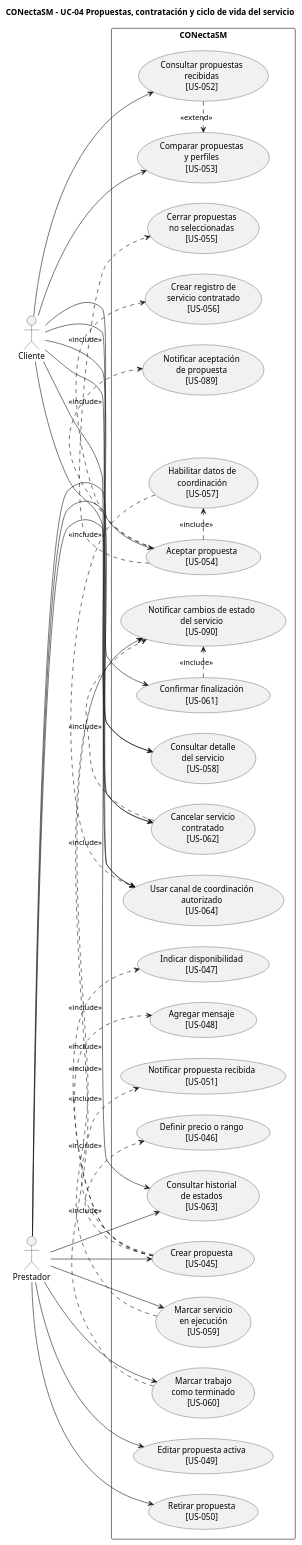
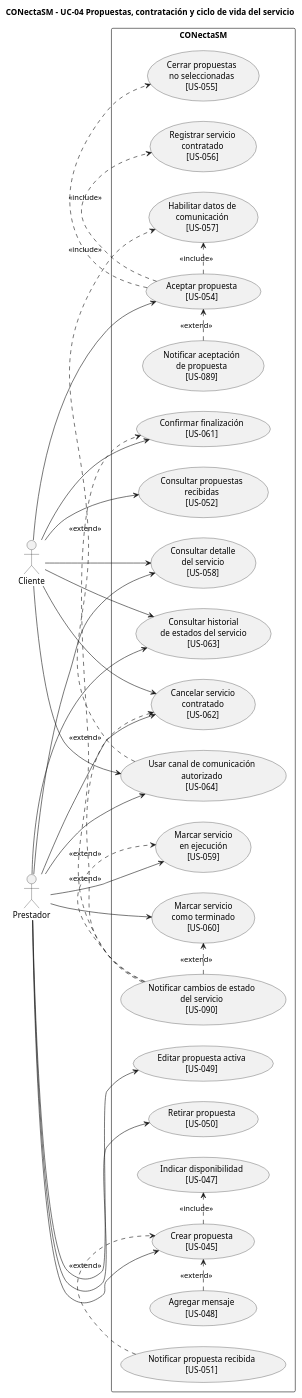
One commit to JsMartinez-dev/proyecto-diseno-ingenieria changed the diagram in FASE-4-Prototipar/08-Casos-de-Uso/Caso-de-uso-4/04_propuestas_servicio.puml. Above: the diagram before and after it, drawn with PlantUML. The commit also changed 21 other files, not shown here.

```diff
--- a/FASE-4-Prototipar/08-Casos-de-Uso/Caso-de-uso-4/04_propuestas_servicio.puml
+++ b/FASE-4-Prototipar/08-Casos-de-Uso/Caso-de-uso-4/04_propuestas_servicio.puml
@@ -1,78 +1,72 @@
 @startuml
 title CONectaSM - UC-04 Propuestas, contratación y ciclo de vida del servicio
 left to right direction
 skinparam packageStyle rectangle
 skinparam shadowing false
 
 actor "Cliente" as Cliente
 actor "Prestador" as Prestador
 
 rectangle "CONectaSM" {
   usecase "Crear propuesta\n[US-045]" as UC045
-  usecase "Definir precio o rango\n[US-046]" as UC046
   usecase "Indicar disponibilidad\n[US-047]" as UC047
   usecase "Agregar mensaje\n[US-048]" as UC048
   usecase "Editar propuesta activa\n[US-049]" as UC049
   usecase "Retirar propuesta\n[US-050]" as UC050
   usecase "Notificar propuesta recibida\n[US-051]" as UC051
 
   usecase "Consultar propuestas\nrecibidas\n[US-052]" as UC052
-  usecase "Comparar propuestas\ny perfiles\n[US-053]" as UC053
   usecase "Aceptar propuesta\n[US-054]" as UC054
   usecase "Cerrar propuestas\nno seleccionadas\n[US-055]" as UC055
 
-  usecase "Crear registro de\nservicio contratado\n[US-056]" as UC056
-  usecase "Habilitar datos de\ncoordinación\n[US-057]" as UC057
+  usecase "Registrar servicio\ncontratado\n[US-056]" as UC056
+  usecase "Habilitar datos de\ncomunicación\n[US-057]" as UC057
   usecase "Consultar detalle\ndel servicio\n[US-058]" as UC058
   usecase "Marcar servicio\nen ejecución\n[US-059]" as UC059
-  usecase "Marcar trabajo\ncomo terminado\n[US-060]" as UC060
+  usecase "Marcar servicio\ncomo terminado\n[US-060]" as UC060
   usecase "Confirmar finalización\n[US-061]" as UC061
   usecase "Cancelar servicio\ncontratado\n[US-062]" as UC062
-  usecase "Consultar historial\nde estados\n[US-063]" as UC063
-  usecase "Usar canal de coordinación\nautorizado\n[US-064]" as UC064
+  usecase "Consultar historial\nde estados del servicio\n[US-063]" as UC063
+  usecase "Usar canal de comunicación\nautorizado\n[US-064]" as UC064
 
   usecase "Notificar aceptación\nde propuesta\n[US-089]" as UC089
   usecase "Notificar cambios de estado\ndel servicio\n[US-090]" as UC090
 }
 
 Prestador --> UC045
 Prestador --> UC049
 Prestador --> UC050
 Prestador --> UC058
 Prestador --> UC059
 
 Prestador --> UC060
 Prestador --> UC062
 Prestador --> UC063
 Prestador --> UC064
 
 Cliente --> UC052
-Cliente --> UC053
 Cliente --> UC054
 Cliente --> UC058
 Cliente --> UC061
 Cliente --> UC062
 Cliente --> UC063
 Cliente --> UC064
 
 
-UC045 .> UC046 : <<include>>
 UC045 .> UC047 : <<include>>
-UC045 .> UC048 : <<include>>
-UC045 .> UC051 : <<include>>
+UC048 .> UC045 : <<extend>>
+UC051 .> UC045 : <<extend>>
 
-UC052 .> UC053 : <<extend>>
 UC054 .> UC055 : <<include>>
 UC054 .> UC056 : <<include>>
 UC054 .> UC057 : <<include>>
-UC054 .> UC089 : <<include>>
-UC057 .> UC064 : <<include>>
+UC089 .> UC054 : <<extend>>
+UC064 .> UC057 : <<extend>>
 
 
-UC059 .> UC090 : <<include>>
-UC060 .> UC090 : <<include>>
-UC061 .> UC090 : <<include>>
-UC062 .> UC090 : <<include>>
-
+UC090 .> UC059 : <<extend>>
+UC090 .> UC060 : <<extend>>
+UC090 .> UC061 : <<extend>>
+UC090 .> UC062 : <<extend>>
 
 @enduml
```
